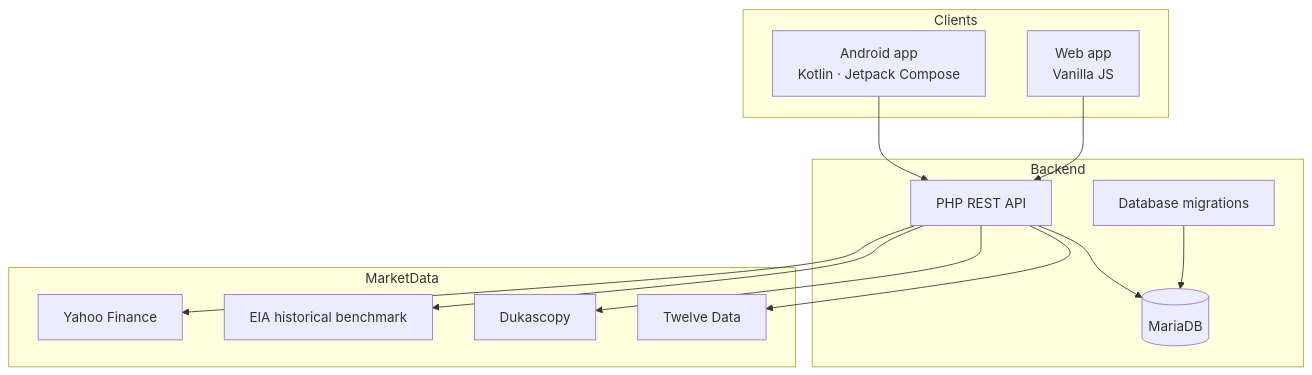
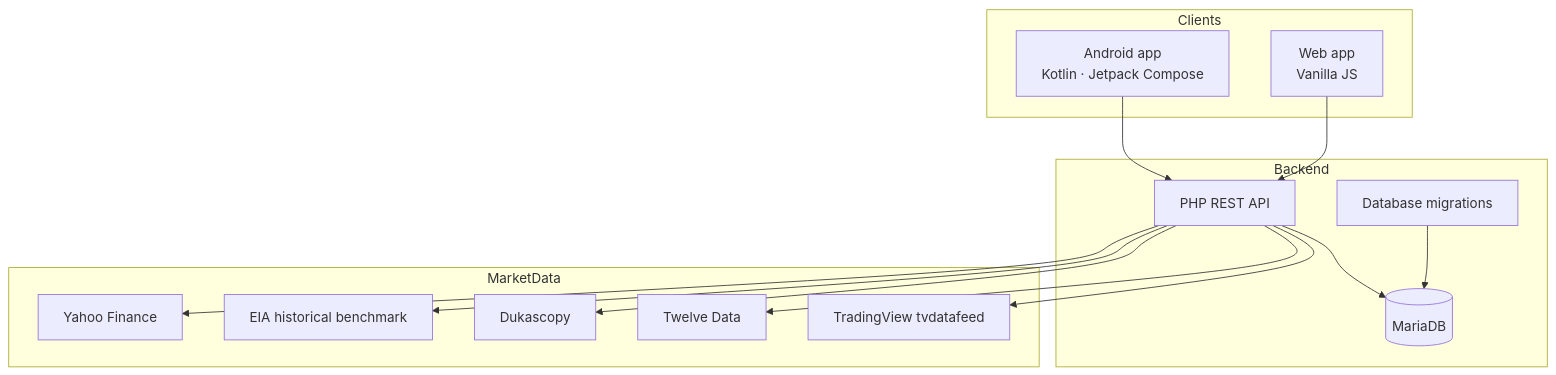
Before and after one commit to manidigit/CHART: the diagram in README.md, drawn with Mermaid. The commit also changed other lines of this file and 6 other files, not shown here.

````diff
--- a/README.md
+++ b/README.md
@@ -72,29 +71,31 @@
 ```mermaid
 flowchart TB
     subgraph Clients
       A[Android app<br/>Kotlin · Jetpack Compose]
       W[Web app<br/>Vanilla JS]
     end
 
     subgraph Backend
       API[PHP REST API]
       DB[(MariaDB)]
       MIG[Database migrations]
     end
 
     subgraph MarketData
+      TV[TradingView tvdatafeed]
       TD[Twelve Data]
       DK[Dukascopy]
       EIA[EIA historical benchmark]
       YF[Yahoo Finance]
     end
 
     A --> API
     W --> API
     API --> DB
     MIG --> DB
+    API --> TV
     API --> TD
     API --> DK
     API --> EIA
     API --> YF
 ```
````
